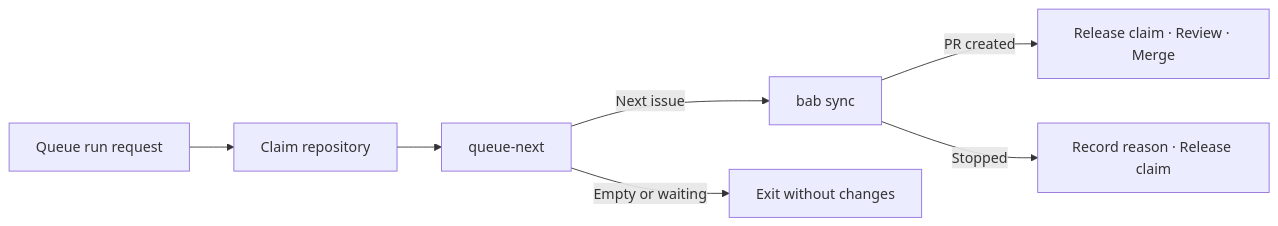
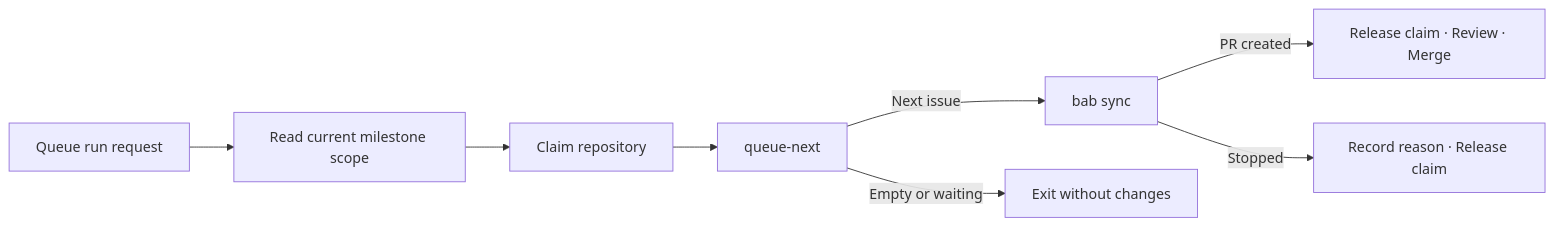
One commit to freevue/bab-skill changed the third of 3 diagrams in docs/guide.md. Above: the diagram before and after it, drawn with Mermaid. The commit also changed other lines of this file and 40 other files, not shown here.

````diff
--- a/docs/guide.md
+++ b/docs/guide.md
@@ -816,9 +902,10 @@
 ```mermaid
 flowchart LR
-  A[Queue run request] --> L[Claim repository]
+  A[Queue run request] --> M[Read current milestone scope]
+  M --> L[Claim repository]
   L --> B[queue-next]
   B -->|Next issue| C[bab sync]
   B -->|Empty or waiting| D[Exit without changes]
   C -->|PR created| E[Release claim · Review · Merge]
   C -->|Stopped| F[Record reason · Release claim]
 ```
````
